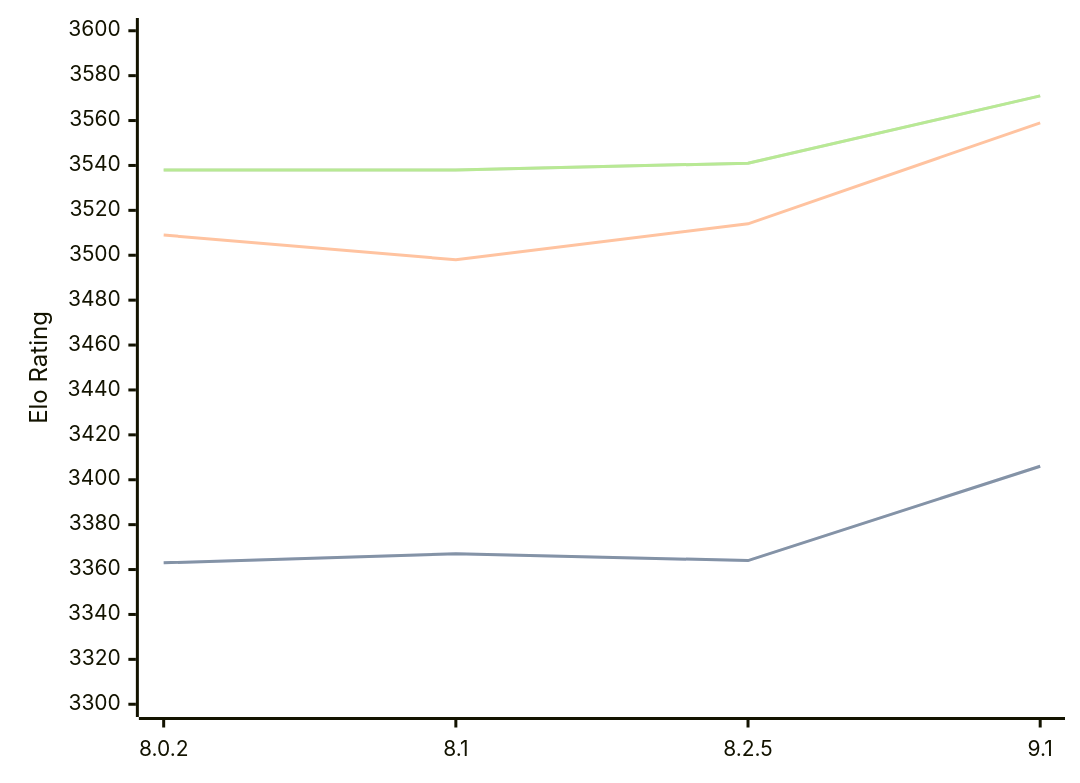
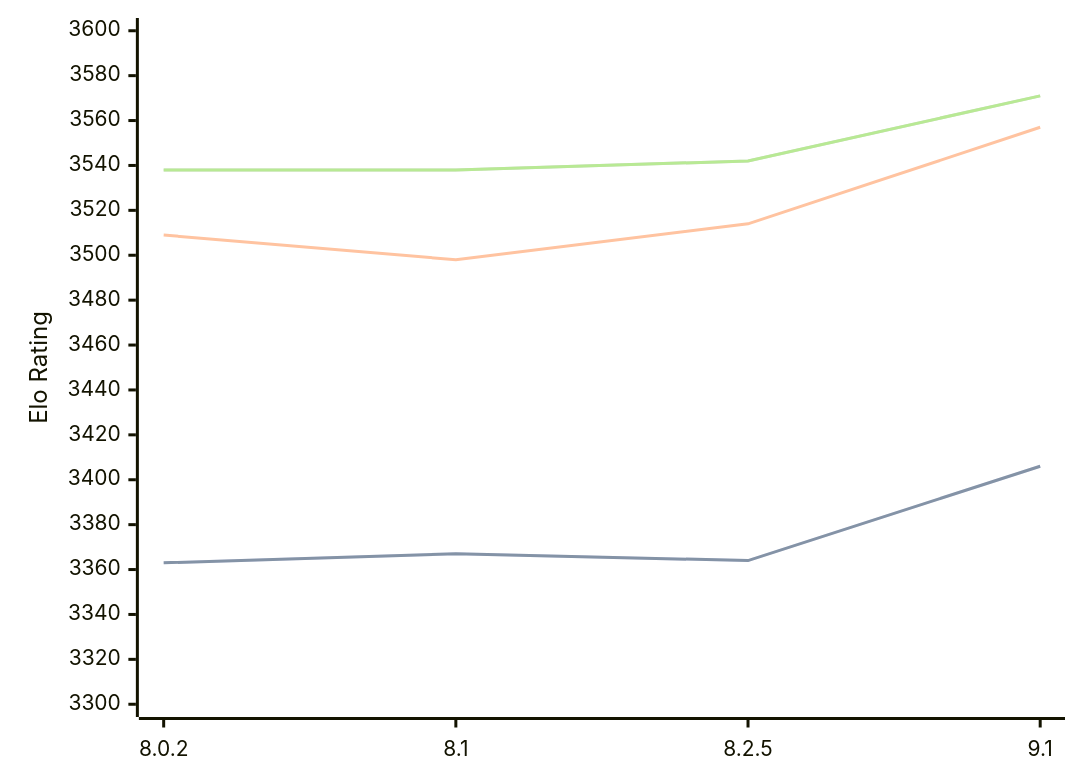
Before and after one commit to computer-chess-index/cci: the diagram in engines/Clover.md, drawn with Mermaid. The commit also changed other lines of this file, not shown here.

Commit message:
Update CCI Ratings (ELO VLTC) - 2026-04-09

````diff
--- a/engines/Clover.md
+++ b/engines/Clover.md
@@ -64,11 +64,11 @@
 ```mermaid
 %%{init: {"theme":"base","themeVariables":{"seriesColors:['#a3a3a3','#222221','#faa371']}}}%%
 xychart-beta
   x-axis ["8.0.2", "8.1", "8.2.5", "9.1"]
   y-axis "Elo Rating" 3300 --> 3600
   line "STC (8.0+0.08s)" [3363, 3367, 3364, 3406]
   line "STC (8.0+0.08s)" [3363, 3367, 3364, 3406]
-  line "LTC (60.0+0.60s)" [3509, 3498, 3514, 3559]
-  line "VLTC (2m24s+1.12s)" [3538, 3538, 3541, 3571]
-  line "VLTC (2m24s+1.12s)" [3538, 3538, 3541, 3571]
+  line "LTC (60.0+0.60s)" [3509, 3498, 3514, 3557]
+  line "VLTC (2m24s+1.12s)" [3538, 3538, 3542, 3571]
+  line "VLTC (2m24s+1.12s)" [3538, 3538, 3542, 3571]
 ```
````
